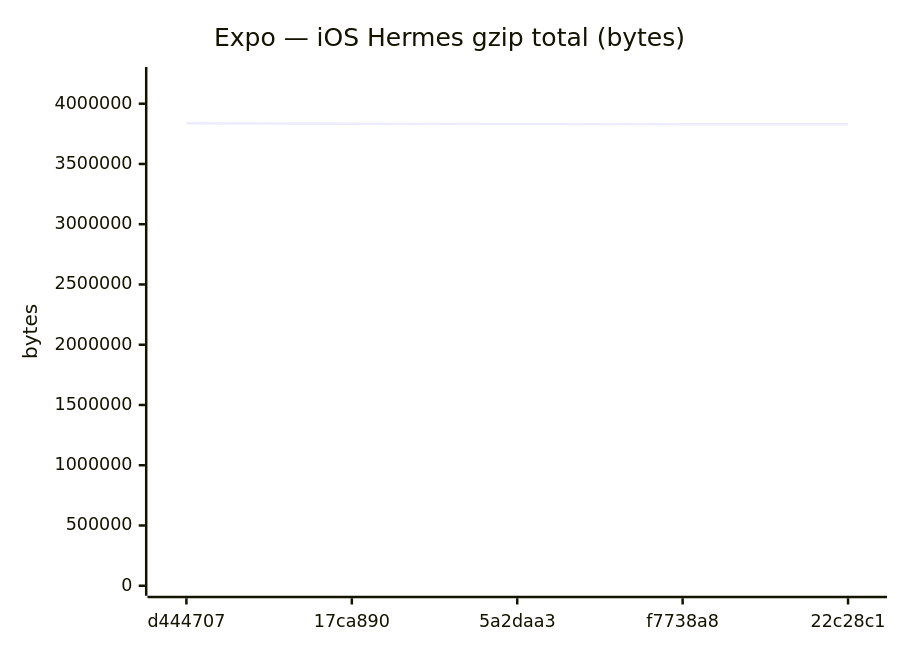
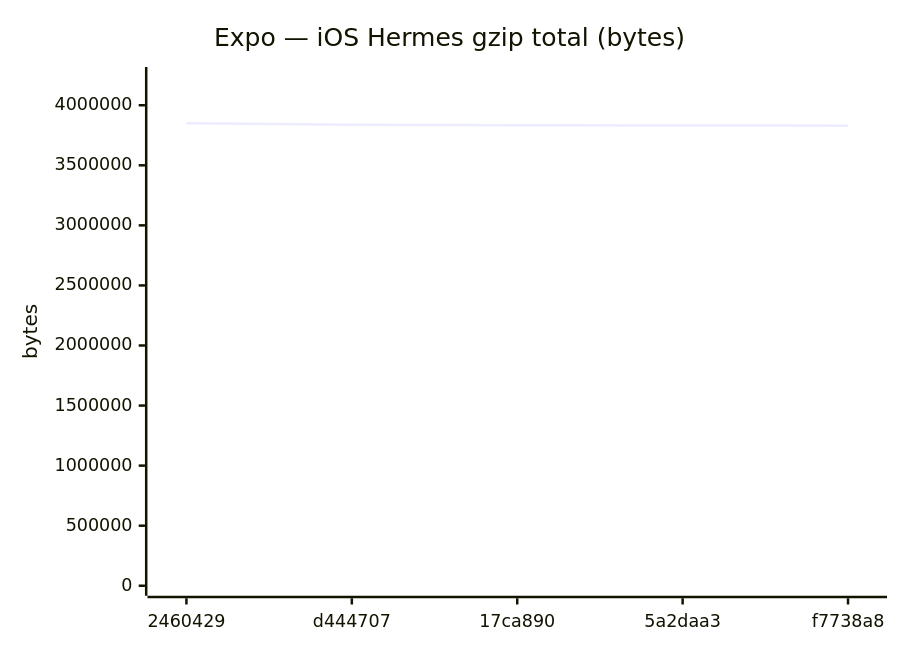
Diagram 12 of 18 in benchmarks/compare.md (Metaheurist/Rianell), drawn with Mermaid before and after one commit. The commit also changed other lines of this file and 11 other files, not shown here.

````diff
--- a/benchmarks/compare.md
+++ b/benchmarks/compare.md
@@ -179,7 +179,7 @@
 ```mermaid
 xychart-beta
     title "Expo — iOS Hermes gzip total (bytes)"
-    x-axis ["d444707", "17ca890", "5a2daa3", "f7738a8", "22c28c1"]
-    y-axis "bytes" 0 --> 4221541
-    line [3837764, 3833771, 3832292, 3830296, 3828818]
+    x-axis ["2460429", "d444707", "17ca890", "5a2daa3", "f7738a8"]
+    y-axis "bytes" 0 --> 4235115
+    line [3850104, 3837764, 3833771, 3832292, 3830296]
 ```
````
